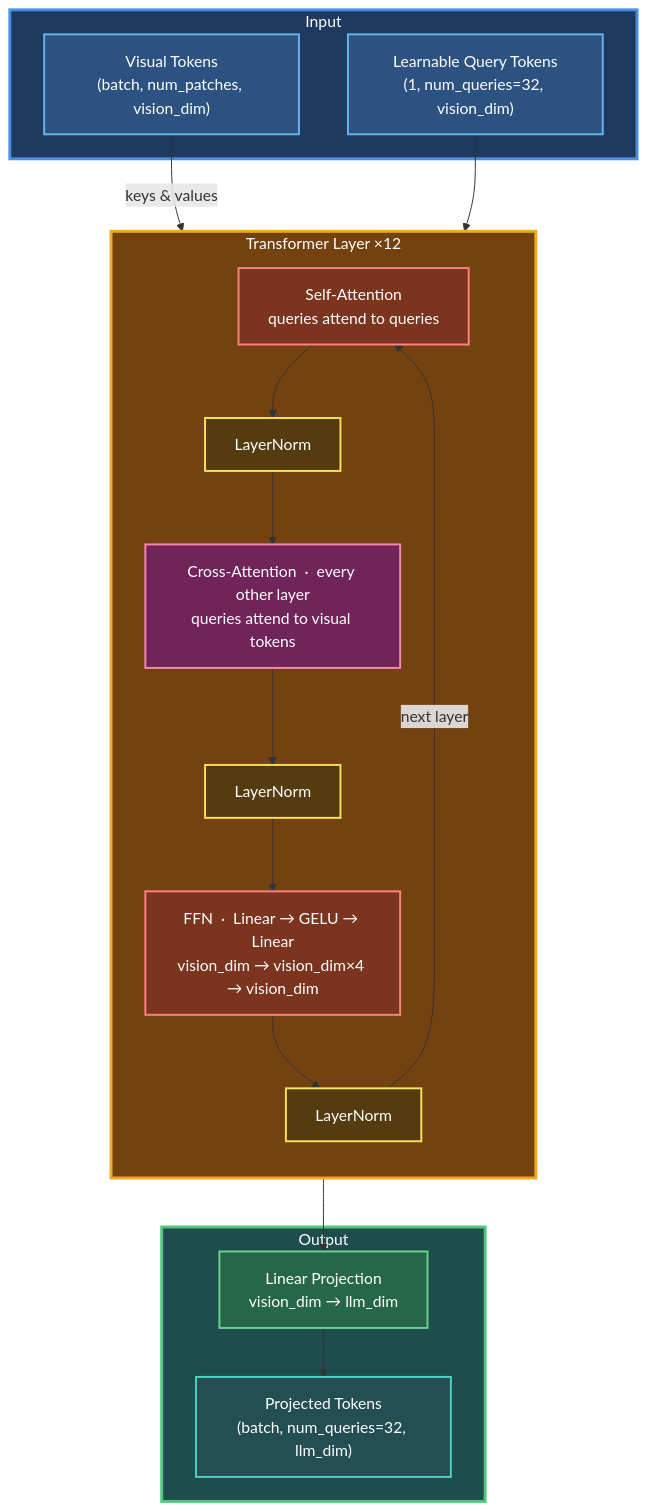
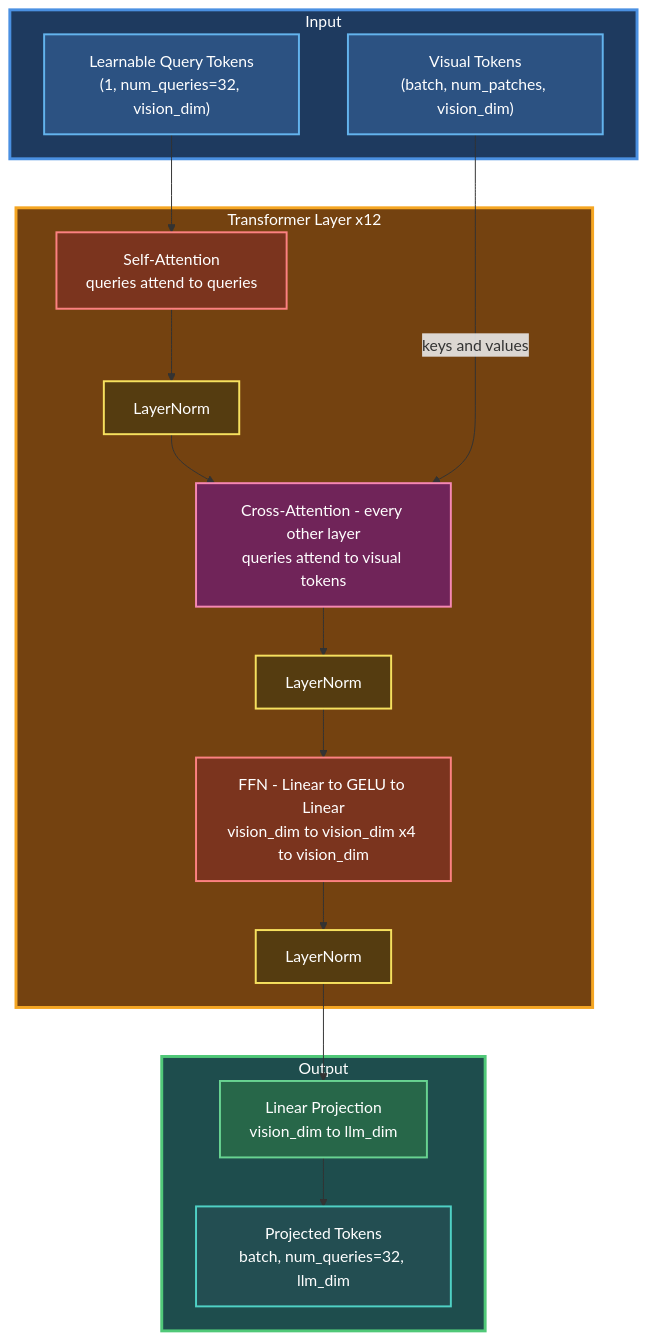
Before and after one commit to hinsonan/hinsonan.github.io: the second of 4 diagrams in _posts/2026-03-18-how-to-create-multi-modal-models-part-2.md, drawn with Mermaid. The commit also changed other lines of this file and 28 other files, not shown here.

```diff
--- a/_posts/2026-03-18-how-to-create-multi-modal-models-part-2.md
+++ b/_posts/2026-03-18-how-to-create-multi-modal-models-part-2.md
@@ -63,44 +63,42 @@
 <div class="mermaid">
 flowchart TB
     subgraph Input["Input"]
         VT["Visual Tokens<br/>(batch, num_patches, vision_dim)"]
         QT["Learnable Query Tokens<br/>(1, num_queries=32, vision_dim)"]
     end
 
-    subgraph Layer["Transformer Layer  ×12"]
-        direction TB
+    subgraph Layer["Transformer Layer x12"]
         SA["Self-Attention<br/>queries attend to queries"]
         SN["LayerNorm"]
-        CA["Cross-Attention  ·  every other layer<br/>queries attend to visual tokens"]
+        CA["Cross-Attention - every other layer<br/>queries attend to visual tokens"]
         CN["LayerNorm"]
-        FFN["FFN  ·  Linear → GELU → Linear<br/>vision_dim → vision_dim×4 → vision_dim"]
+        FFN["FFN - Linear to GELU to Linear<br/>vision_dim to vision_dim x4 to vision_dim"]
         FN["LayerNorm"]
 
         SA --> SN --> CA --> CN --> FFN --> FN
     end
 
     subgraph Output["Output"]
-        OP["Linear Projection<br/>vision_dim → llm_dim"]
-        PT["Projected Tokens<br/>(batch, num_queries=32, llm_dim)"]
+        OP["Linear Projection<br/>vision_dim to llm_dim"]
+        PT["Projected Tokens<br/>batch, num_queries=32, llm_dim"]
         OP --> PT
     end
 
-    VT -->|"keys & values"| CA
+    VT -->|"keys and values"| CA
     QT --> SA
-    FN -->|"next layer"| SA
     FN --> OP
 
     style Input fill:#1e3a5f,stroke:#4a90e2,stroke-width:3px,color:#fff
     style Layer fill:#744210,stroke:#f5a623,stroke-width:3px,color:#fff
     style Output fill:#1e4d4d,stroke:#50c878,stroke-width:3px,color:#fff
     style VT fill:#2c5282,stroke:#63b3ed,stroke-width:2px,color:#fff
     style QT fill:#2c5282,stroke:#63b3ed,stroke-width:2px,color:#fff
     style SA fill:#7b341e,stroke:#fc8181,stroke-width:2px,color:#fff
     style SN fill:#553c10,stroke:#f6e05e,stroke-width:2px,color:#fff
     style CA fill:#702459,stroke:#f687b3,stroke-width:2px,color:#fff
     style CN fill:#553c10,stroke:#f6e05e,stroke-width:2px,color:#fff
     style FFN fill:#7b341e,stroke:#fc8181,stroke-width:2px,color:#fff
     style FN fill:#553c10,stroke:#f6e05e,stroke-width:2px,color:#fff
     style OP fill:#276749,stroke:#68d391,stroke-width:2px,color:#fff
     style PT fill:#234e52,stroke:#4fd1c5,stroke-width:2px,color:#fff
 </div>
```
